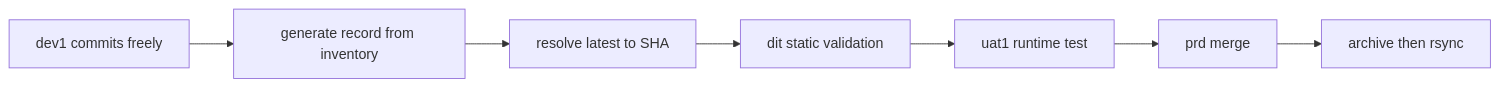
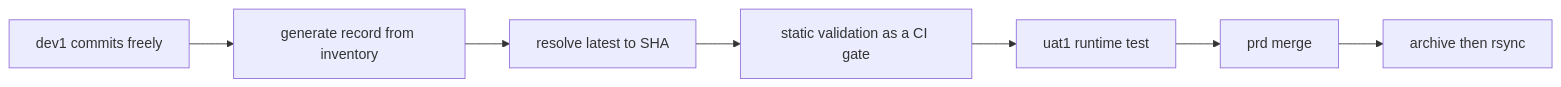
The diagram in docs/design/promotion-model.md (mpegg007/TermiteTowers), drawn with Mermaid before and after one commit. The commit also changed other lines of this file, not shown here.

Commit message:
docs: remove the last dit references from the flow and audit sections

````diff
--- a/docs/design/promotion-model.md
+++ b/docs/design/promotion-model.md
@@ -195,9 +196,9 @@
 ```mermaid
 flowchart LR
   DEV[dev1 commits freely] --> GEN[generate record from inventory]
   GEN --> PIN[resolve latest to SHA]
-  PIN --> DIT[dit static validation]
-  DIT --> UAT[uat1 runtime test]
+  PIN --> GATE[static validation as a CI gate]
+  GATE --> UAT[uat1 runtime test]
   UAT --> PRD[prd merge]
   PRD --> ARCH[archive then rsync]
 ```
````
